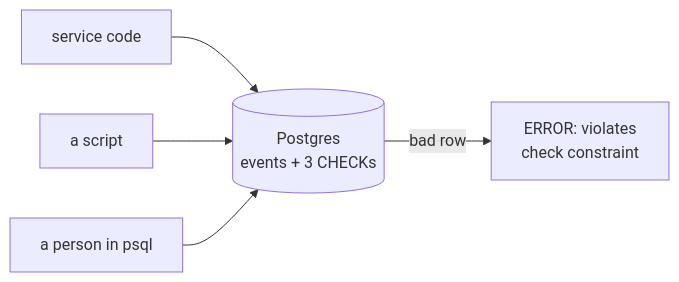
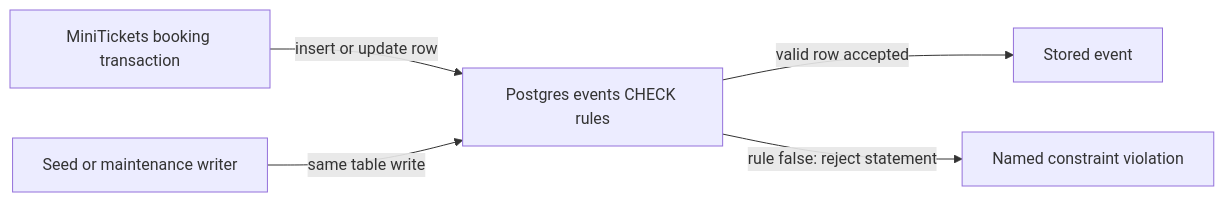
The diagram in docs/handbook/concepts/db-check-constraints.md (maheshnd/minitickets), drawn with Mermaid before and after one commit. The commit also changed other lines of this file and 119 other files, not shown here.

````diff
--- a/docs/handbook/concepts/db-check-constraints.md
+++ b/docs/handbook/concepts/db-check-constraints.md
@@ -20,7 +18,7 @@
 ```mermaid
 flowchart LR
-    svc["service code"] --> db[("Postgres<br/>events + 3 CHECKs")]
-    script["a script"] --> db
-    psql["a person in psql"] --> db
-    db -->|"bad row"| no["ERROR: violates<br/>check constraint"]
+api["MiniTickets booking transaction"] -->|"insert or update row"| db["Postgres events CHECK rules"]
+    script["Seed or maintenance writer"] -->|"same table write"| db
+    db -->|"valid row accepted"| saved["Stored event"]
+    db -->|"rule false: reject statement"| error["Named constraint violation"]
 ```
````
